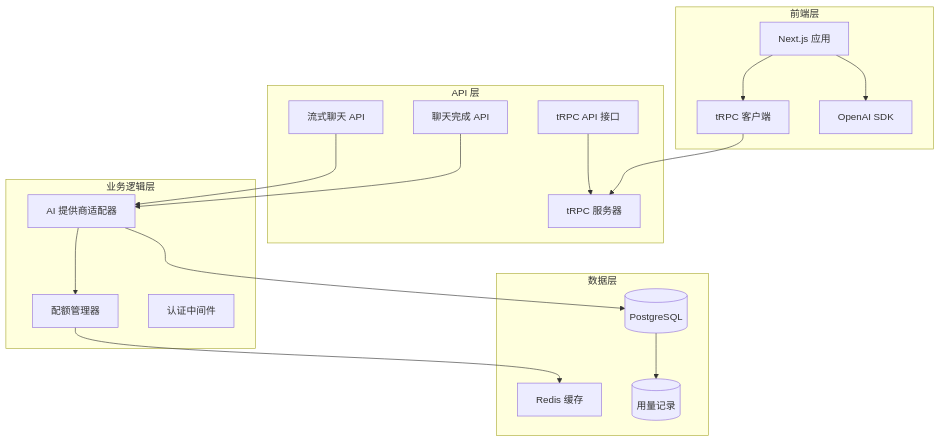
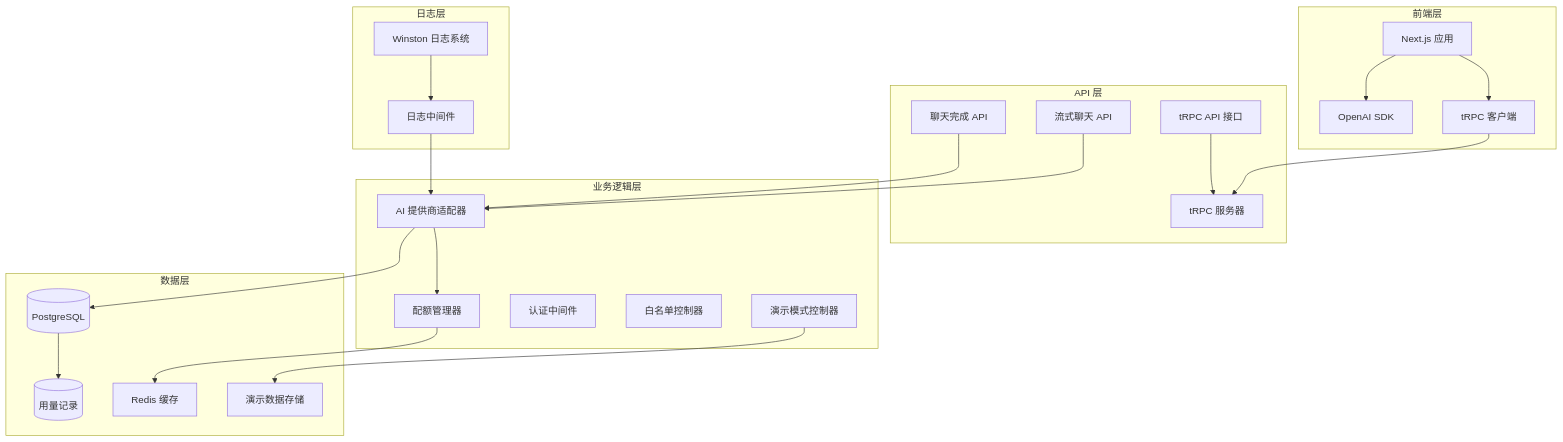
One commit to RadiumAg/AIGate changed the first of 17 diagrams in .qoder/repowiki/zh/content/OpenAI 兼容聊天完成 API.md. Above: the diagram before and after it, drawn with Mermaid. The commit also changed other lines of this file and 4 other files, not shown here.

````diff
--- a/.qoder/repowiki/zh/content/OpenAI 兼容聊天完成 API.md
+++ b/.qoder/repowiki/zh/content/OpenAI 兼容聊天完成 API.md
@@ -69,34 +80,44 @@
 ```mermaid
 graph TB
 subgraph "前端层"
 UI[Next.js 应用]
 TRPC[tRPC 客户端]
 OpenAI[OpenAI SDK]
 end
 subgraph "API 层"
 ChatAPI[聊天完成 API]
 StreamAPI[流式聊天 API]
 TRPCServer[tRPC 服务器]
 TRPCAPI[tRPC API 接口]
 end
 subgraph "业务逻辑层"
 Providers[AI 提供商适配器]
 Quota[配额管理器]
 Auth[认证中间件]
+Whitelist[白名单控制器]
+Demo[演示模式控制器]
 end
 subgraph "数据层"
 Redis[Redis 缓存]
 Database[(PostgreSQL)]
 Usage[(用量记录)]
+DemoData[演示数据存储]
+end
+subgraph "日志层"
+Logger[Winston 日志系统]
+Middleware[日志中间件]
 end
 UI --> TRPC
 UI --> OpenAI
 TRPC --> TRPCServer
 TRPCAPI --> TRPCServer
 ChatAPI --> Providers
 StreamAPI --> Providers
 Providers --> Quota
 Quota --> Redis
 Providers --> Database
 Database --> Usage
+Demo --> DemoData
+Logger --> Middleware
+Middleware --> Providers
 ```
````
